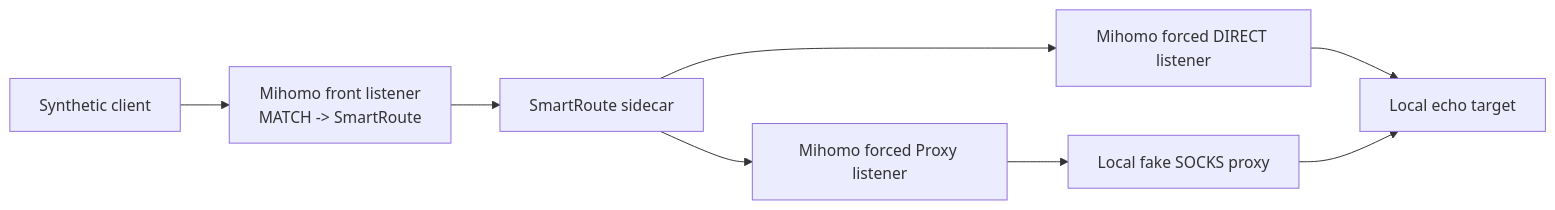
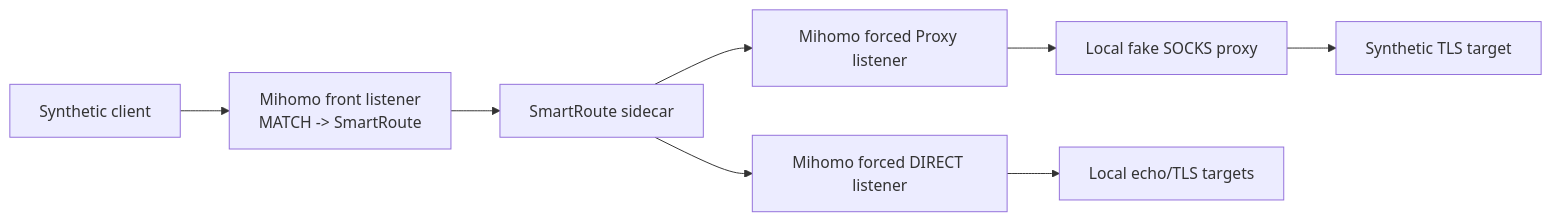
Before and after one commit to firfisa/smartroute: the second of 2 diagrams in docs/07-isolated-test-lab.md, drawn with Mermaid. The commit also changed other lines of this file and 23 other files, not shown here.

````diff
--- a/docs/07-isolated-test-lab.md
+++ b/docs/07-isolated-test-lab.md
@@ -85,10 +87,10 @@
 ```mermaid
 flowchart LR
     C["Synthetic client"] --> F["Mihomo front listener\nMATCH -> SmartRoute"]
     F --> S["SmartRoute sidecar"]
     S --> D["Mihomo forced DIRECT listener"]
     S --> P["Mihomo forced Proxy listener"]
     P --> G["Local fake SOCKS proxy"]
-    D --> E["Local echo target"]
-    G --> E
+    D --> E["Local echo/TLS targets"]
+    G --> T["Synthetic TLS target"]
 ```
````
